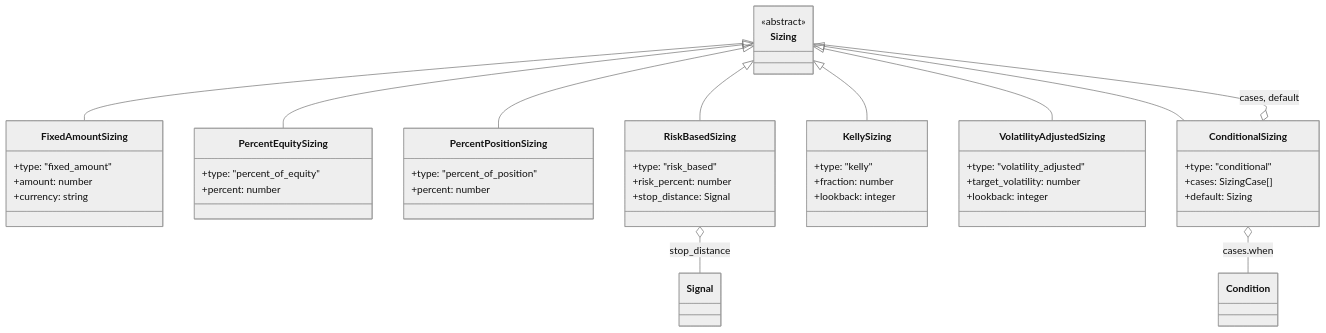
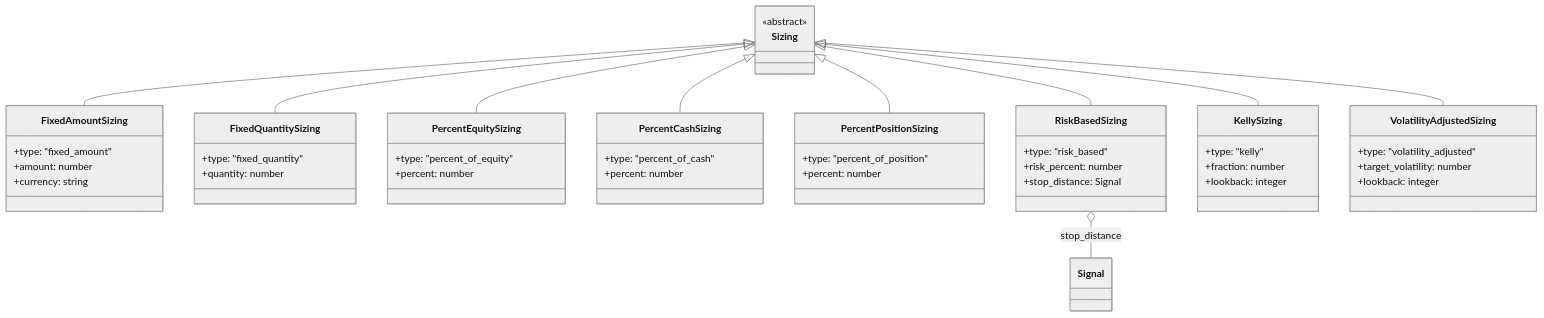
The eighth of 8 diagrams in docs/specification.md (obichan117/universal-trading-strategy-schema), drawn with Mermaid (neutral theme) before and after one commit. The commit also changed other lines of this file and 24 other files, not shown here.

First line of the commit message:
refactor: remove redundant schema types and add missing sizing types

````diff
--- a/docs/specification.md
+++ b/docs/specification.md
@@ -1092,51 +1051,52 @@
 ```mermaid
 classDiagram
     class Sizing {
         <<abstract>>
     }
     class FixedAmountSizing {
         +type: "fixed_amount"
         +amount: number
         +currency: string
     }
+    class FixedQuantitySizing {
+        +type: "fixed_quantity"
+        +quantity: number
+    }
     class PercentEquitySizing {
         +type: "percent_of_equity"
+        +percent: number
+    }
+    class PercentCashSizing {
+        +type: "percent_of_cash"
         +percent: number
     }
     class PercentPositionSizing {
         +type: "percent_of_position"
         +percent: number
     }
     class RiskBasedSizing {
         +type: "risk_based"
         +risk_percent: number
         +stop_distance: Signal
     }
     class KellySizing {
         +type: "kelly"
         +fraction: number
         +lookback: integer
     }
     class VolatilityAdjustedSizing {
         +type: "volatility_adjusted"
         +target_volatility: number
         +lookback: integer
     }
-    class ConditionalSizing {
-        +type: "conditional"
-        +cases: SizingCase[]
-        +default: Sizing
-    }
-
     Sizing <|-- FixedAmountSizing
+    Sizing <|-- FixedQuantitySizing
     Sizing <|-- PercentEquitySizing
+    Sizing <|-- PercentCashSizing
     Sizing <|-- PercentPositionSizing
     Sizing <|-- RiskBasedSizing
     Sizing <|-- KellySizing
     Sizing <|-- VolatilityAdjustedSizing
-    Sizing <|-- ConditionalSizing
 
     RiskBasedSizing o-- Signal : stop_distance
-    ConditionalSizing o-- Sizing : cases, default
-    ConditionalSizing o-- Condition : cases.when
 ```
````
